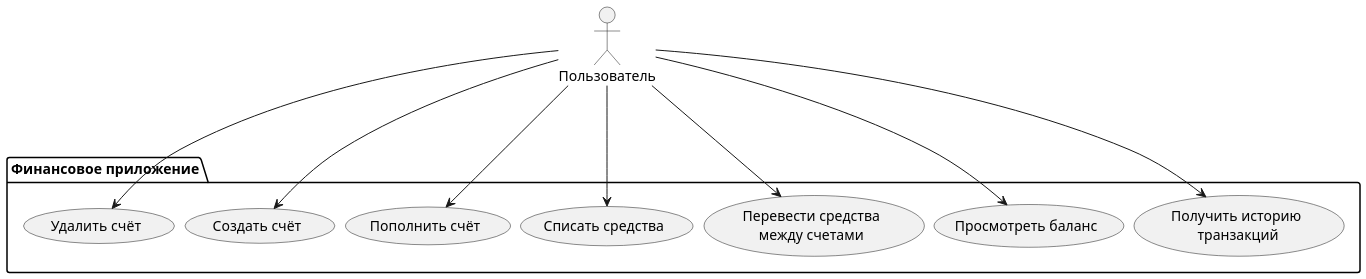
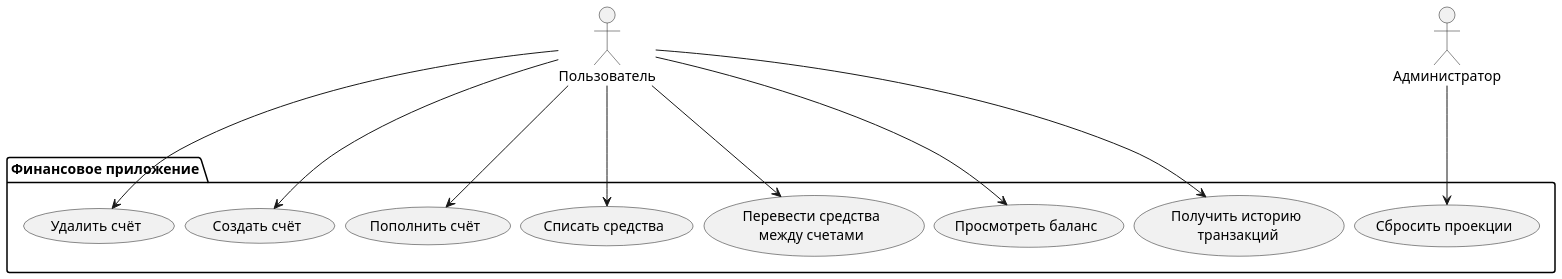
One commit to mayosen/finance-app changed the diagram in docs/diagram/2-use-case-diagram.plantuml. Above: the diagram before and after it, drawn with PlantUML. The commit also changed 3 other files, not shown here.

```diff
--- a/docs/diagram/2-use-case-diagram.plantuml
+++ b/docs/diagram/2-use-case-diagram.plantuml
@@ -1,27 +1,33 @@
 @startuml UseCase
 
 skinparam dpi 150
 skinparam nodesep 10
 skinparam ranksep 110
 
 actor Пользователь as User
+
+actor Администратор as Admin
 
 package "Финансовое приложение" {
   usecase "Получить историю\n транзакций" as GetHistory
   usecase "Просмотреть баланс" as GetBalance
   usecase "Перевести средства\nмежду счетами" as Transfer
   usecase "Списать средства" as Withdraw
   usecase "Пополнить счёт" as Deposit
   usecase "Создать счёт" as CreateAccount
   usecase "Удалить счёт" as DeleteAccount
+
+  usecase "Сбросить проекции" as ReplayEvents
 }
 
 User --> CreateAccount
 User --> DeleteAccount
 User --> Deposit
 User --> Withdraw
 User --> Transfer
 User --> GetBalance
 User --> GetHistory
 
+Admin --> ReplayEvents
+
 @enduml
```
